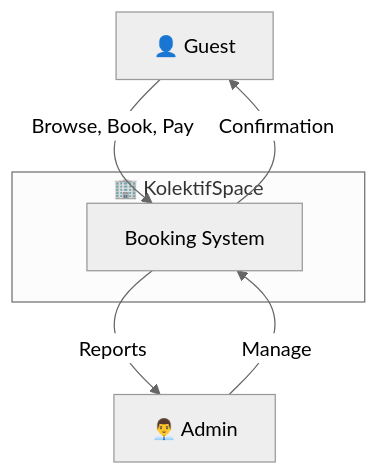
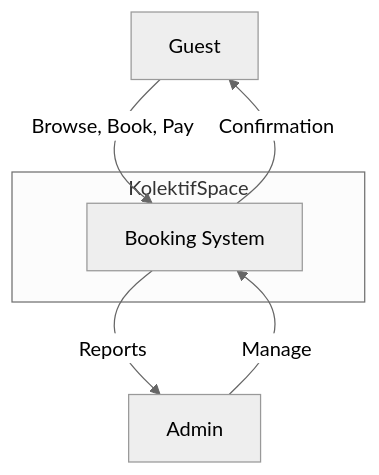
Before and after one commit to yoo23-haidar/kolektifspacebooking: the second of 3 diagrams in README.md, drawn with Mermaid (neutral theme). The commit also changed other lines of this file and 1 other file, not shown here.

Commit message:
Remove all emojis from README and DIAGRAMS

````diff
--- a/README.md
+++ b/README.md
@@ -313,14 +313,14 @@
 ```mermaid
 flowchart TB
-    Guest["👤 Guest"]
-    Admin["👨‍💼 Admin"]
+    Guest["Guest"]
+    Admin["Admin"]
     
-    subgraph System["🏢 KolektifSpace"]
+    subgraph System["KolektifSpace"]
         App["Booking System"]
     end
     
     Guest -->|"Browse, Book, Pay"| App
     App -->|"Confirmation"| Guest
     Admin -->|"Manage"| App
     App -->|"Reports"| Admin
 ```
````
